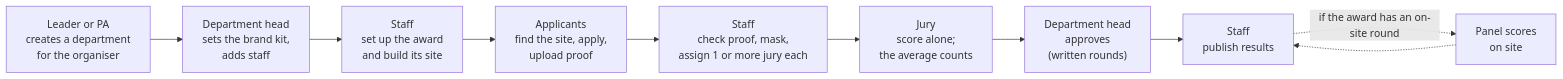
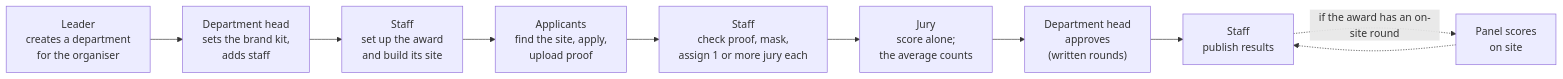
Before and after one commit to sumitdwivedi01/EigthyAwards: the first of 7 diagrams in docs/ui/README.md, drawn with Mermaid. The commit also changed other lines of this file and 24 other files, not shown here.

````diff
--- a/docs/ui/README.md
+++ b/docs/ui/README.md
@@ -21,12 +21,12 @@
 ```mermaid
 flowchart LR
-    A["Leader or PA<br/>creates a department<br/>for the organiser"] --> B["Department head<br/>sets the brand kit,<br/>adds staff"]
+    A["Leader<br/>creates a department<br/>for the organiser"] --> B["Department head<br/>sets the brand kit,<br/>adds staff"]
     B --> C["Staff<br/>set up the award<br/>and build its site"]
     C --> D["Applicants<br/>find the site, apply,<br/>upload proof"]
     D --> E["Staff<br/>check proof, mask,<br/>assign 1 or more jury each"]
     E --> F["Jury<br/>score alone;<br/>the average counts"]
     F --> G["Department head<br/>approves<br/>(written rounds)"]
     G --> H["Staff<br/>publish results"]
     H -.->|if the award has an on-site round| I["Panel scores<br/>on site"]
     I -.-> H
 ```
````
